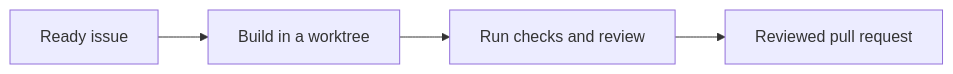
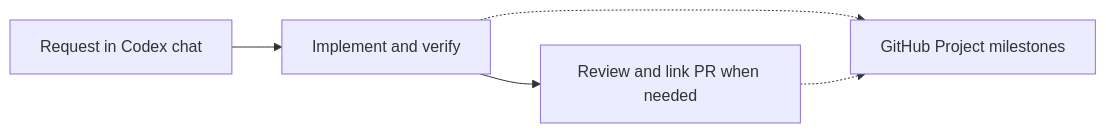
One commit to fhajjej-ship-it/sfc-codex changed the diagram in README.md. Above: the diagram before and after it, drawn with Mermaid. The commit also changed other lines of this file and 26 other files, not shown here.

First line of the commit message:
Make Codex chat the SFC execution workflow (#17)

````diff
--- a/README.md
+++ b/README.md
@@ -25,6 +25,7 @@
 ```mermaid
 flowchart LR
-    A["Ready issue"] --> B["Build in a worktree"]
-    B --> C["Run checks and review"]
-    C --> D["Reviewed pull request"]
+    A["Request in Codex chat"] --> B["Implement and verify"]
+    B --> C["Review and link PR when needed"]
+    B -.-> D["GitHub Project milestones"]
+    C -.-> D
 ```
````
